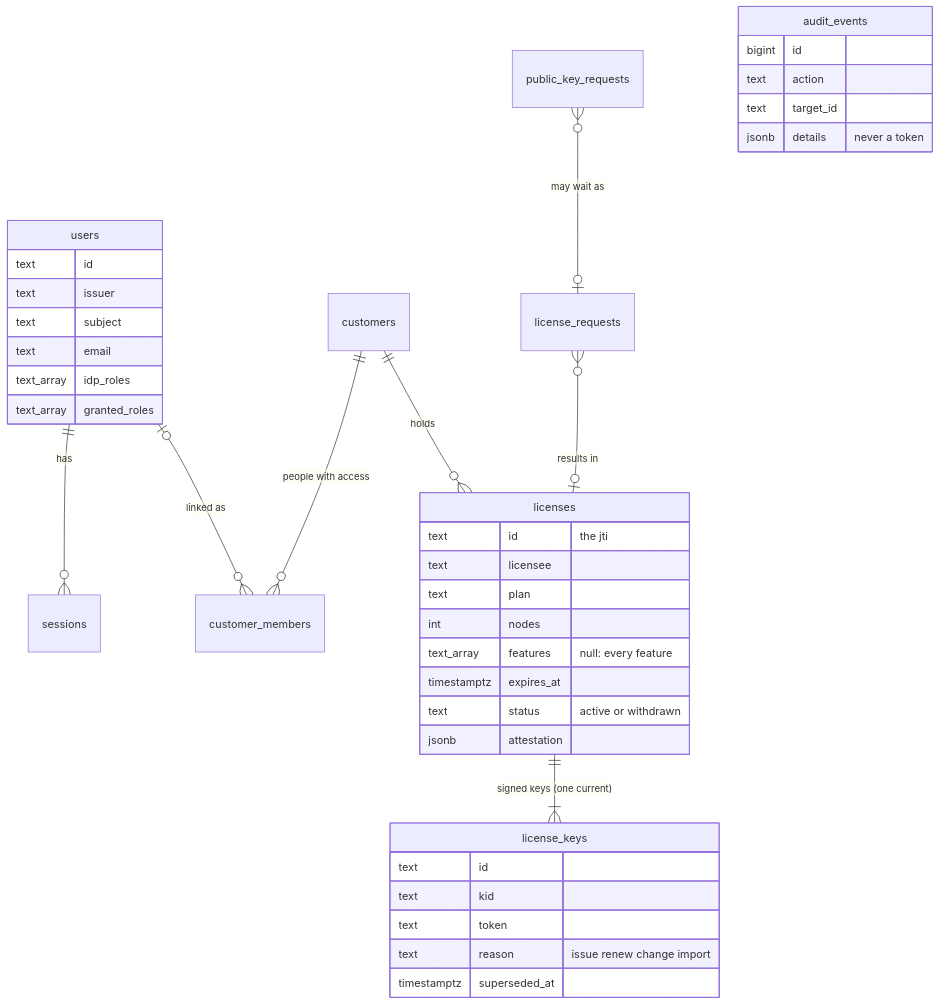
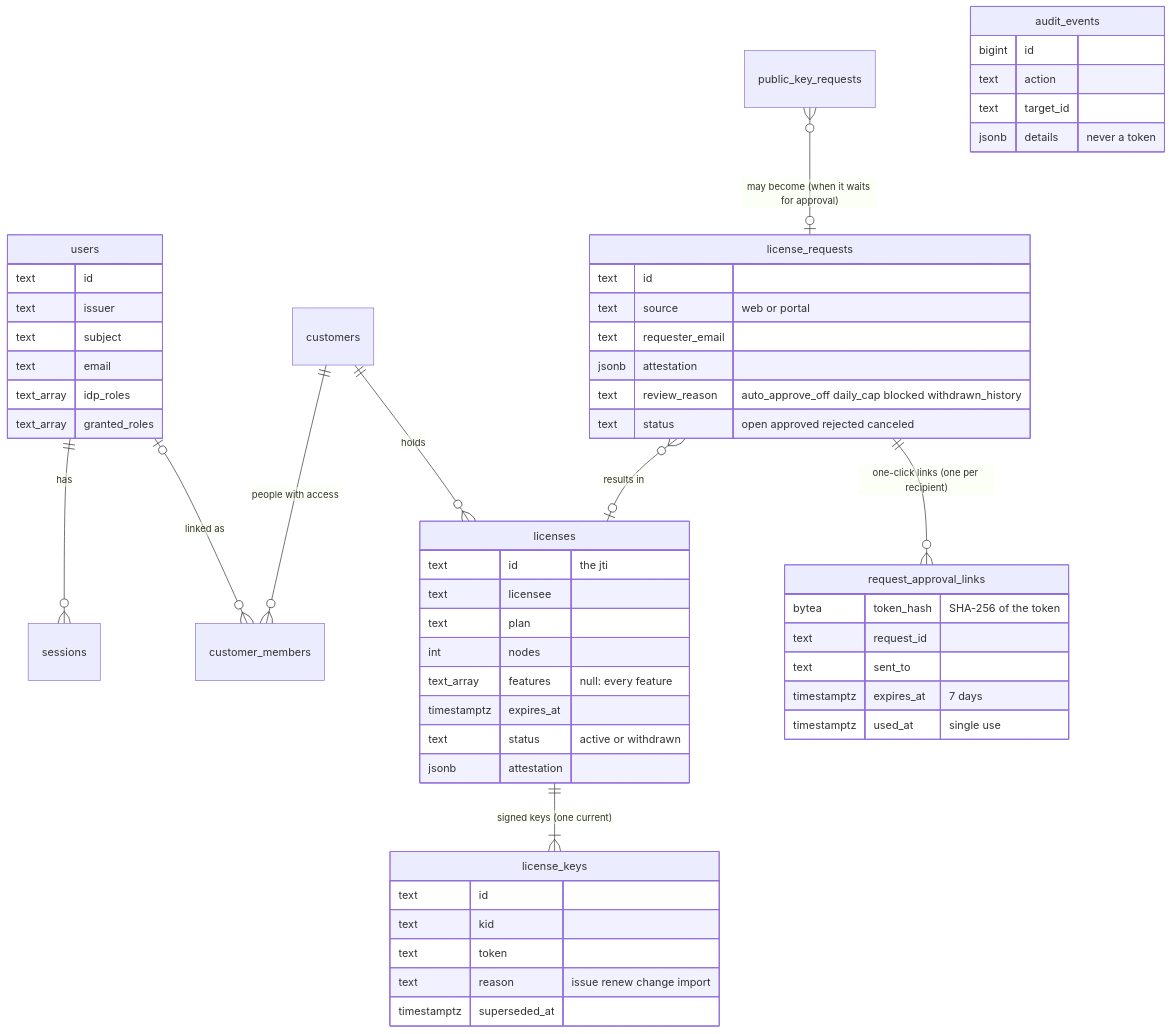
One commit to robertherbaugh/kudurru changed the seventh of 7 diagrams in license-server/docs/architecture.md. Above: the diagram before and after it, drawn with Mermaid. The commit also changed other lines of this file and 65 other files, not shown here.

````diff
--- a/license-server/docs/architecture.md
+++ b/license-server/docs/architecture.md
@@ -138,41 +201,57 @@
 ```mermaid
 erDiagram
     users ||--o{ sessions : has
     users |o--o{ customer_members : "linked as"
     customers ||--o{ customer_members : "people with access"
     customers ||--o{ licenses : holds
     licenses ||--|{ license_keys : "signed keys (one current)"
     license_requests }o--o| licenses : "results in"
-    public_key_requests }o--o| license_requests : "may wait as"
+    license_requests ||--o{ request_approval_links : "one-click links (one per recipient)"
+    public_key_requests }o--o| license_requests : "may become (when it waits for approval)"
     users {
         text id
         text issuer
         text subject
         text email
         text_array idp_roles
         text_array granted_roles
     }
     licenses {
         text id "the jti"
         text licensee
         text plan
         int nodes
         text_array features "null: every feature"
         timestamptz expires_at
         text status "active or withdrawn"
         jsonb attestation
     }
     license_keys {
         text id
         text kid
         text token
         text reason "issue renew change import"
         timestamptz superseded_at
     }
+    license_requests {
+        text id
+        text source "web or portal"
+        text requester_email
+        jsonb attestation
+        text review_reason "auto_approve_off daily_cap blocked withdrawn_history"
+        text status "open approved rejected canceled"
+    }
+    request_approval_links {
+        bytea token_hash "SHA-256 of the token"
+        text request_id
+        text sent_to
+        timestamptz expires_at "7 days"
+        timestamptz used_at "single use"
+    }
     audit_events {
         bigint id
         text action
         text target_id
         jsonb details "never a token"
     }
 ```
````
